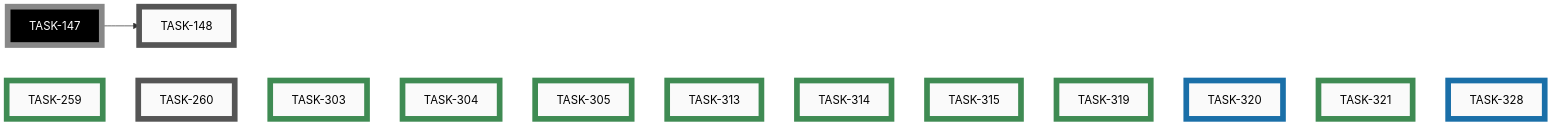
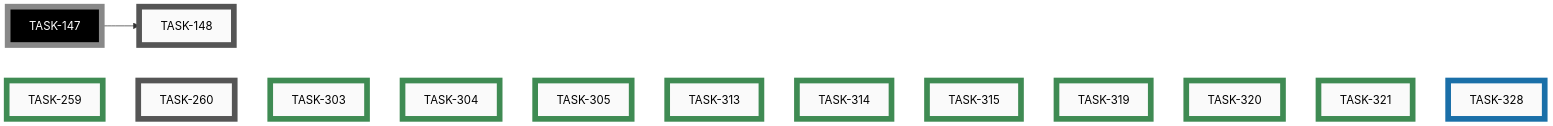
The eighth of 8 diagrams in docs/developers/tasks/EPICS.md (tgd1975/AwesomeStudioPedal), drawn with Mermaid before and after one commit. The commit also changed other lines of this file and 3 other files, not shown here.

````diff
--- a/docs/developers/tasks/EPICS.md
+++ b/docs/developers/tasks/EPICS.md
@@ -288,40 +288,40 @@
 ```mermaid
 graph LR
     TASK_148["TASK-148"]:::open
     TASK_260["TASK-260"]:::open
-    TASK_320["TASK-320"]:::active
     TASK_328["TASK-328"]:::active
     TASK_259["TASK-259"]:::closed
     TASK_303["TASK-303"]:::closed
     TASK_304["TASK-304"]:::closed
     TASK_305["TASK-305"]:::closed
     TASK_313["TASK-313"]:::closed
     TASK_314["TASK-314"]:::closed
     TASK_315["TASK-315"]:::closed
     TASK_319["TASK-319"]:::closed
+    TASK_320["TASK-320"]:::closed
     TASK_321["TASK-321"]:::closed
     TASK_147["TASK-147"]:::openExt
     TASK_147 --> TASK_148
     TASK_259 ~~~ TASK_260 ~~~ TASK_303 ~~~ TASK_304 ~~~ TASK_305 ~~~ TASK_313 ~~~ TASK_314 ~~~ TASK_315 ~~~ TASK_319 ~~~ TASK_320 ~~~ TASK_321 ~~~ TASK_328
     click TASK_148 "open/task-148-reorganise-developer-documentation.md"
     click TASK_260 "open/task-260-unify-version-numbers-across-deliverables.md"
-    click TASK_320 "active/task-320-remove-ble-flag-precommit-check.md"
     click TASK_328 "active/task-328-prevent-parallel-housekeep-execution.md"
     click TASK_259 "closed/task-259-android-app-test-protocol.md"
     click TASK_303 "closed/task-303-simulator-boots-with-demo-loaded.md"
     click TASK_304 "closed/task-304-simulator-button-no-hover-reaction.md"
     click TASK_305 "closed/task-305-add-category-field-to-ideas.md"
     click TASK_313 "closed/task-313-emoji-icons-for-idea-categories.md"
     click TASK_314 "closed/task-314-nbsp-between-icon-and-category.md"
     click TASK_315 "closed/task-315-idea-sub-file-naming-convention.md"
     click TASK_319 "closed/task-319-remove-wireviz-precommit-block.md"
+    click TASK_320 "closed/task-320-remove-ble-flag-precommit-check.md"
     click TASK_321 "closed/task-321-fix-ci-failures-mermaid-clang-tidy.md"
     classDef open    fill:#FAFAFA,stroke:#555,stroke-width:8px,color:#000
     classDef active  fill:#FAFAFA,stroke:#1A6FA8,stroke-width:8px,color:#000
     classDef closed  fill:#FAFAFA,stroke:#3F8B53,stroke-width:8px,color:#000
     classDef paused  fill:#FAFAFA,stroke:#B07810,stroke-width:8px,color:#000
     classDef openExt    fill:#000,stroke:#888,stroke-width:8px,color:#FFF
     classDef activeExt  fill:#000,stroke:#3FA9F5,stroke-width:8px,color:#FFF
     classDef closedExt  fill:#000,stroke:#7CC68A,stroke-width:8px,color:#FFF
     classDef pausedExt  fill:#000,stroke:#F0B030,stroke-width:8px,color:#FFF
 ```
````
